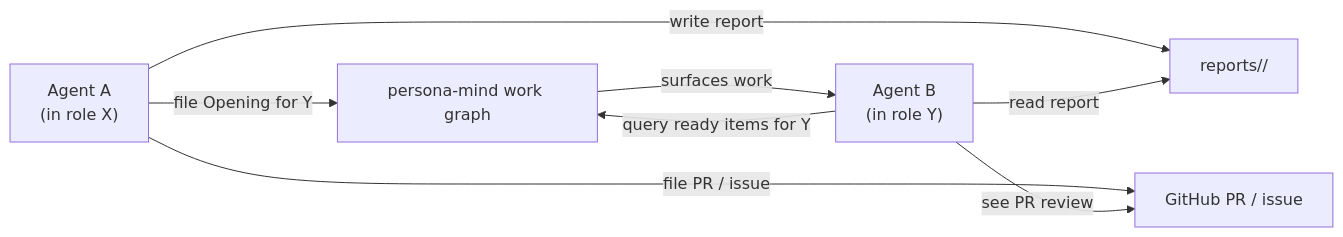
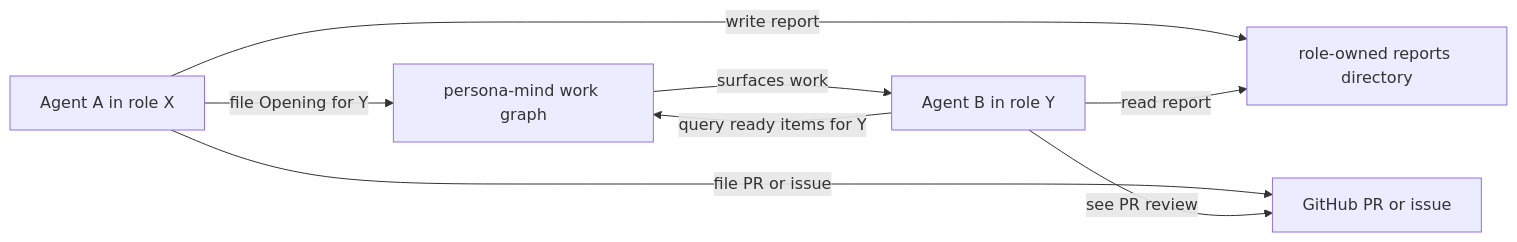
One commit to LiGoldragon/primary changed diagram 12 of 18 in reports/designer/114-persona-vision-as-of-2026-05-11.md. Above: the diagram before and after it, drawn with Mermaid. The commit also changed other lines of this file, not shown here.

````diff
--- a/reports/designer/114-persona-vision-as-of-2026-05-11.md
+++ b/reports/designer/114-persona-vision-as-of-2026-05-11.md
@@ -797,18 +805,18 @@
 ```mermaid
 flowchart LR
-    agent_a["Agent A<br/>(in role X)"]
-    agent_b["Agent B<br/>(in role Y)"]
+    agent_a["Agent A in role X"]
+    agent_b["Agent B in role Y"]
     mind_g["persona-mind work graph"]
-    reports_dir2["reports/<role>/"]
-    pr["GitHub PR / issue"]
+    reports_dir2["role-owned reports directory"]
+    pr["GitHub PR or issue"]
 
-    agent_a -->|"file Opening for Y"| mind_g
-    agent_b -->|"query ready items for Y"| mind_g
-    mind_g -->|"surfaces work"| agent_b
+    agent_a -->|file Opening for Y| mind_g
+    agent_b -->|query ready items for Y| mind_g
+    mind_g -->|surfaces work| agent_b
 
-    agent_a -->|"write report"| reports_dir2
-    agent_b -->|"read report"| reports_dir2
+    agent_a -->|write report| reports_dir2
+    agent_b -->|read report| reports_dir2
 
-    agent_a -->|"file PR / issue"| pr
-    agent_b -->|"see PR review"| pr
+    agent_a -->|file PR or issue| pr
+    agent_b -->|see PR review| pr
 ```
````
